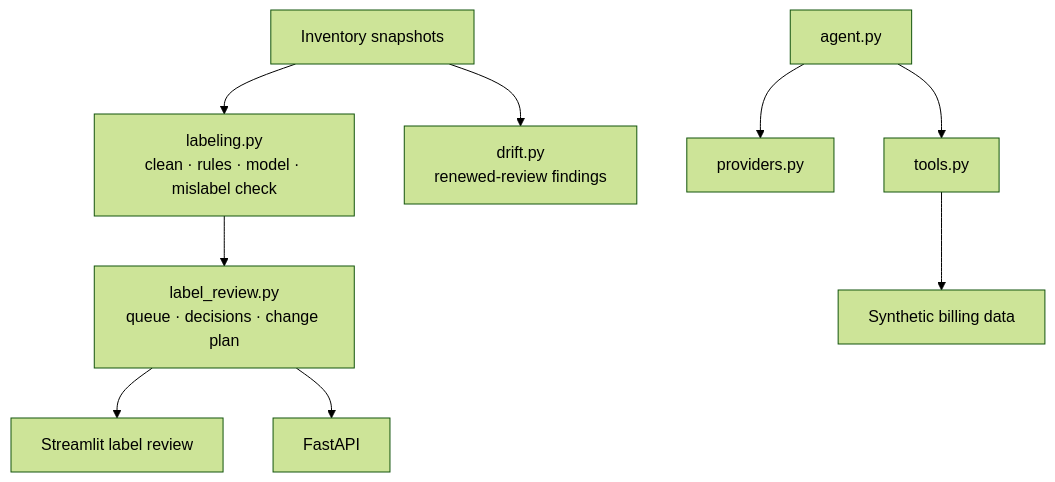
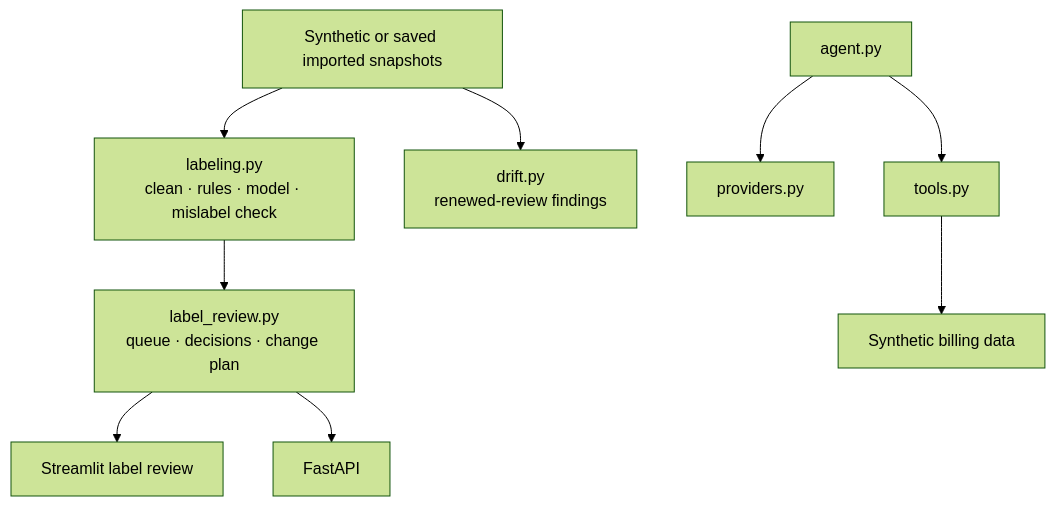
Before and after one commit to redbarron23/obs-agent: the diagram in docs/architecture.md, drawn with Mermaid (forest theme). The commit also changed other lines of this file and 34 other files, not shown here.

````diff
--- a/docs/architecture.md
+++ b/docs/architecture.md
@@ -5,11 +5,11 @@
 ```mermaid
 flowchart TD
-  inventory["Inventory snapshots"] --> inference["labeling.py\nclean · rules · model · mislabel check"]
+  inventory["Synthetic or saved imported snapshots"] --> inference["labeling.py\nclean · rules · model · mislabel check"]
   inference --> review["label_review.py\nqueue · decisions · change plan"]
   review --> ui["Streamlit label review"]
   review --> api["FastAPI"]
   inventory --> drift["drift.py\nrenewed-review findings"]
   agent["agent.py"] --> provider["providers.py"]
   agent --> tools["tools.py"]
   tools --> billing["Synthetic billing data"]
 ```
````
